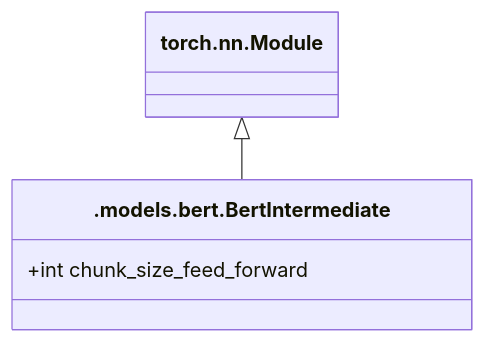
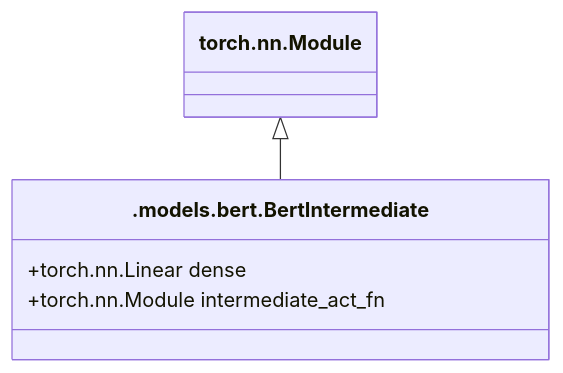
Before and after one commit to coba-yu/transformers-from-pytorch: the sixth of 8 diagrams in BERT.md, drawn with Mermaid. The commit also changed other lines of this file, not shown here.

````diff
--- a/BERT.md
+++ b/BERT.md
@@ -119,9 +119,10 @@
 ```mermaid
 classDiagram
   class Module["torch.nn.Module"]
   class BertIntermediate[".models.bert.BertIntermediate"] {
-    +int chunk_size_feed_forward
+    +torch.nn.Linear dense
+    +torch.nn.Module intermediate_act_fn
   }
 
   Module <|-- BertIntermediate
 ```
````
